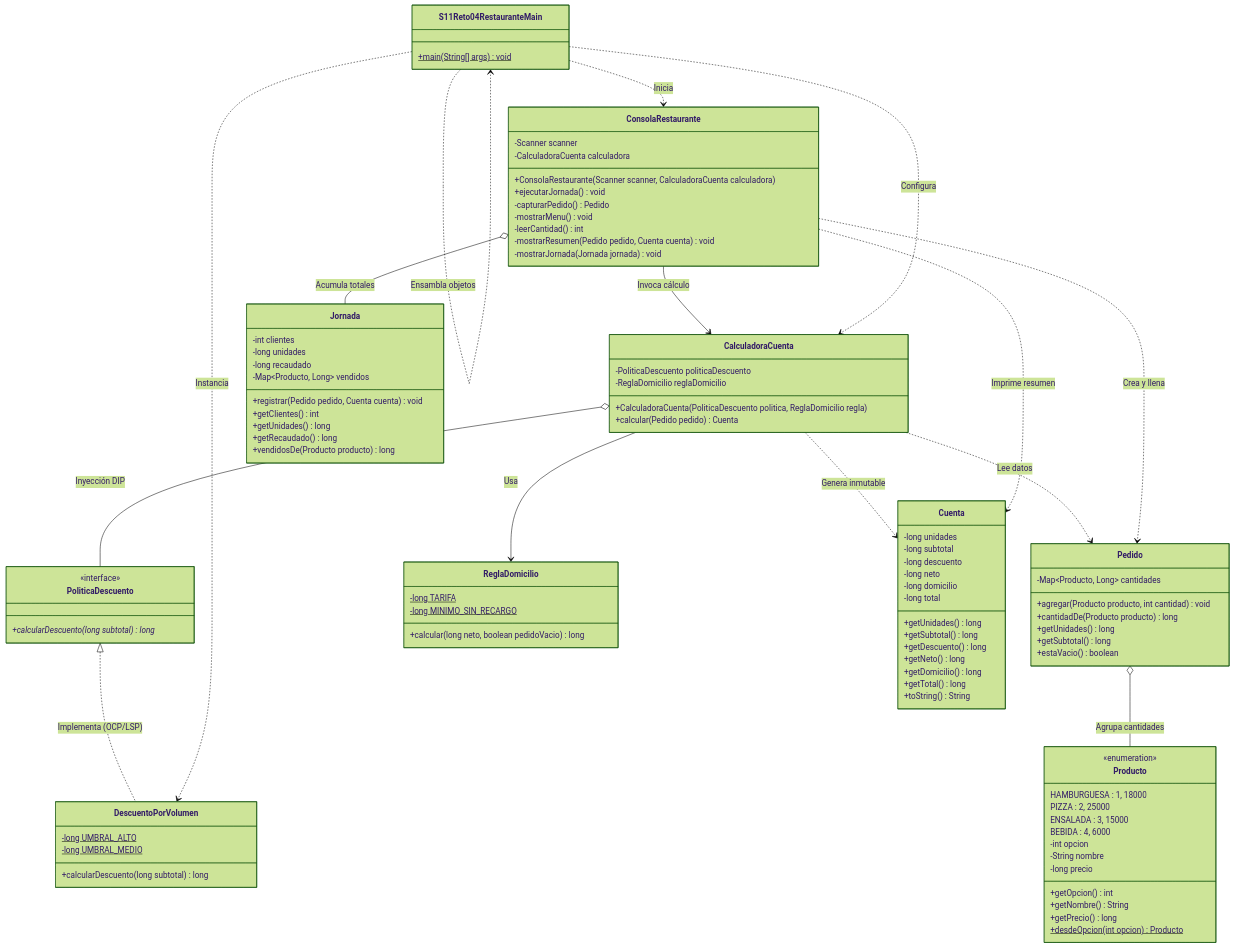
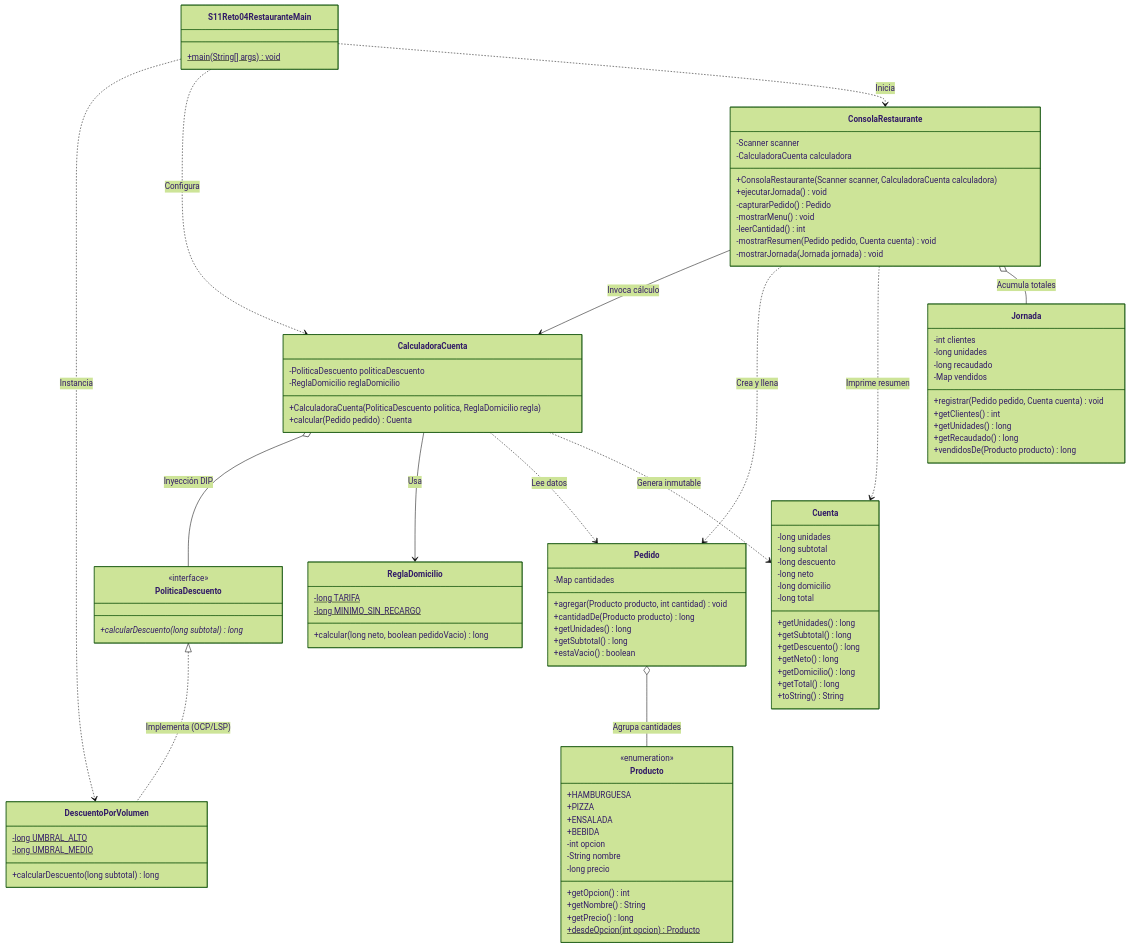
One commit to julio7879/Campusland-Java changed the first of 2 diagrams in src/03-solid-patrones-diseno/sesion-11-principios-solid/labs/reto-04-restaurante/README-RESTAURANTE.md. Above: the diagram before and after it, drawn with Mermaid (forest theme).

Commit message:
fix(docs): simplificar sintaxis mermaid classDiagram para compatibilidad con visores de markdown

```diff
--- a/src/03-solid-patrones-diseno/sesion-11-principios-solid/labs/reto-04-restaurante/README-RESTAURANTE.md
+++ b/src/03-solid-patrones-diseno/sesion-11-principios-solid/labs/reto-04-restaurante/README-RESTAURANTE.md
@@ -36,10 +36,10 @@
 
     class Producto {
         <<enumeration>>
-        HAMBURGUESA : 1, 18000
-        PIZZA : 2, 25000
-        ENSALADA : 3, 15000
-        BEBIDA : 4, 6000
+        +HAMBURGUESA
+        +PIZZA
+        +ENSALADA
+        +BEBIDA
         -int opcion
         -String nombre
         -long precio
@@ -50,7 +50,7 @@
     }
 
     class Pedido {
-        -Map~Producto, Long~ cantidades
+        -Map cantidades
         +agregar(Producto producto, int cantidad) void
         +cantidadDe(Producto producto) long
         +getUnidades() long
@@ -102,7 +102,7 @@
         -int clientes
         -long unidades
         -long recaudado
-        -Map~Producto, Long~ vendidos
+        -Map vendidos
         +registrar(Pedido pedido, Cuenta cuenta) void
         +getClientes() int
         +getUnidades() long
@@ -137,7 +137,6 @@
     ConsolaRestaurante ..> Pedido : Crea y llena
     ConsolaRestaurante ..> Cuenta : Imprime resumen
     ConsolaRestaurante o-- Jornada : Acumula totales
-    S11Reto04RestauranteMain ..> S11Reto04RestauranteMain : Ensambla objetos
     S11Reto04RestauranteMain ..> DescuentoPorVolumen : Instancia
     S11Reto04RestauranteMain ..> CalculadoraCuenta : Configura
     S11Reto04RestauranteMain ..> ConsolaRestaurante : Inicia
```
